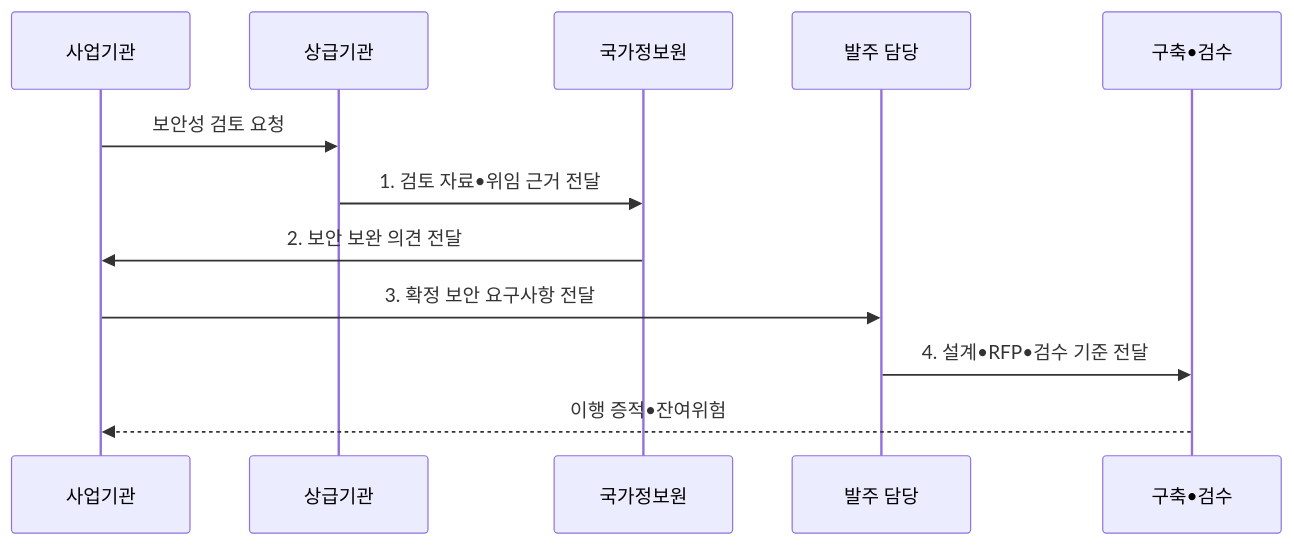
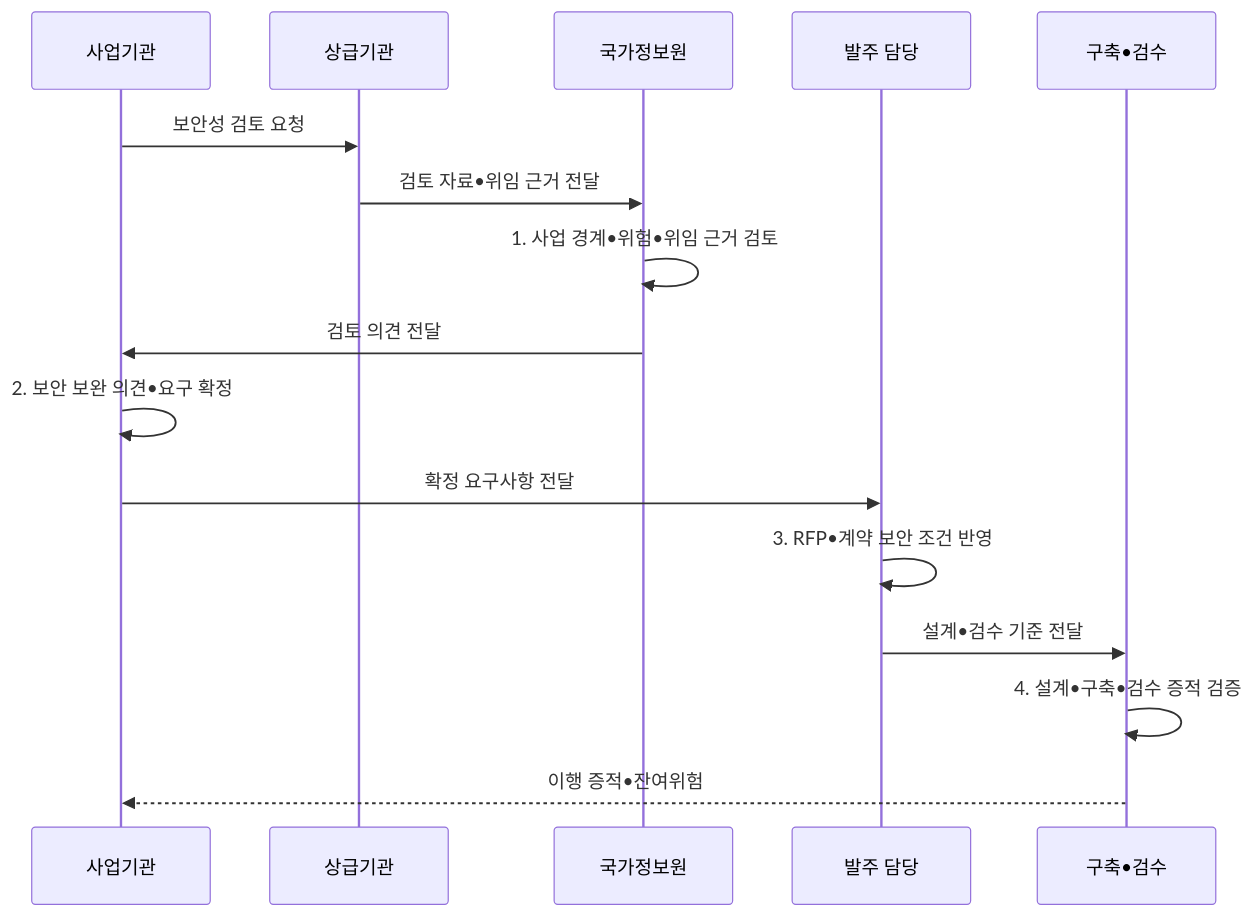
The second of 2 diagrams in src/content/docs/notes/05-security/117_nis_security_review.md (agnusdei1207/knowledge-base), drawn with Mermaid before and after one commit. The commit also changed other lines of this file and 20 other files, not shown here.

````diff
--- a/src/content/docs/notes/05-security/117_nis_security_review.md
+++ b/src/content/docs/notes/05-security/117_nis_security_review.md
@@ -98,14 +98,18 @@
 ```mermaid
 sequenceDiagram
   participant A as 사업기관
   participant S as 상급기관
   participant N as 국가정보원
   participant R as 발주 담당
   participant I as 구축•검수
   A->>S: 보안성 검토 요청
-  S->>N: 1. 검토 자료•위임 근거 전달
-  N->>A: 2. 보안 보완 의견 전달
-  A->>R: 3. 확정 보안 요구사항 전달
-  R->>I: 4. 설계•RFP•검수 기준 전달
+  S->>N: 검토 자료•위임 근거 전달
+  N->>N: 1. 사업 경계•위험•위임 근거 검토
+  N->>A: 검토 의견 전달
+  A->>A: 2. 보안 보완 의견•요구 확정
+  A->>R: 확정 요구사항 전달
+  R->>R: 3. RFP•계약 보안 조건 반영
+  R->>I: 설계•검수 기준 전달
+  I->>I: 4. 설계•구축•검수 증적 검증
   I-->>A: 이행 증적•잔여위험
 ```
````
